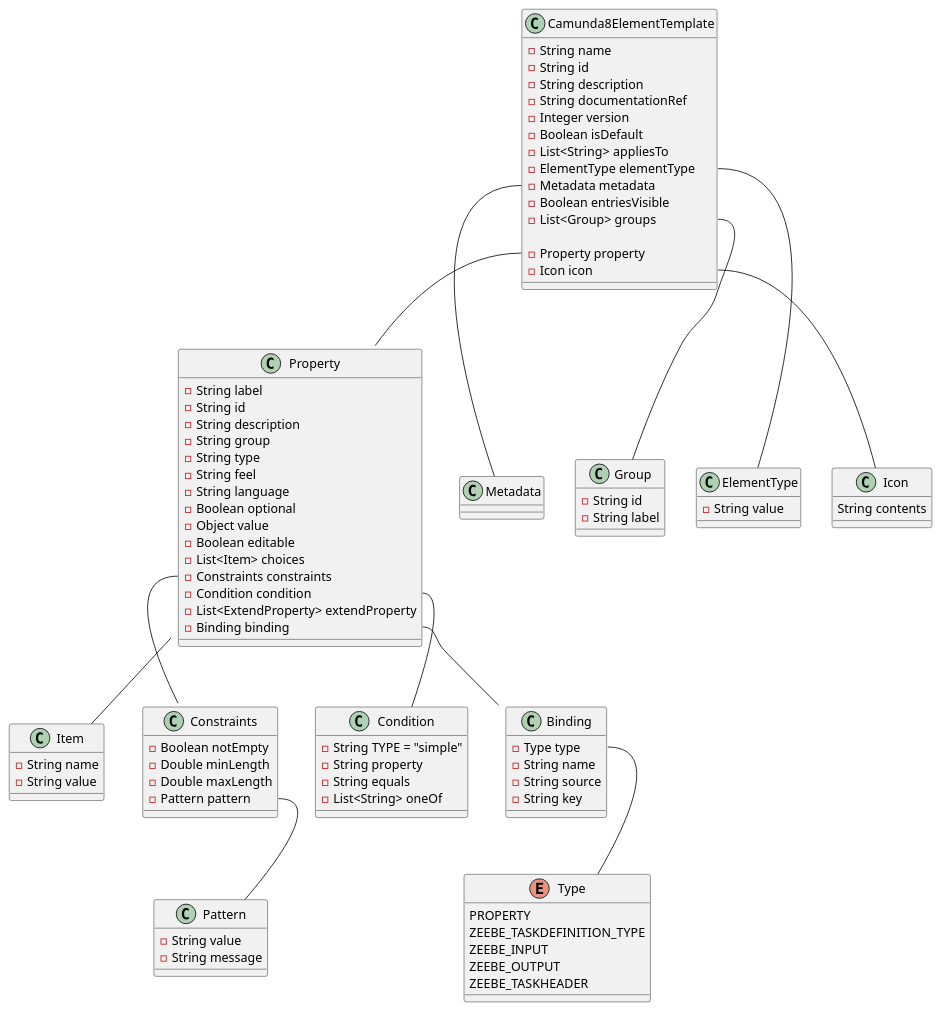
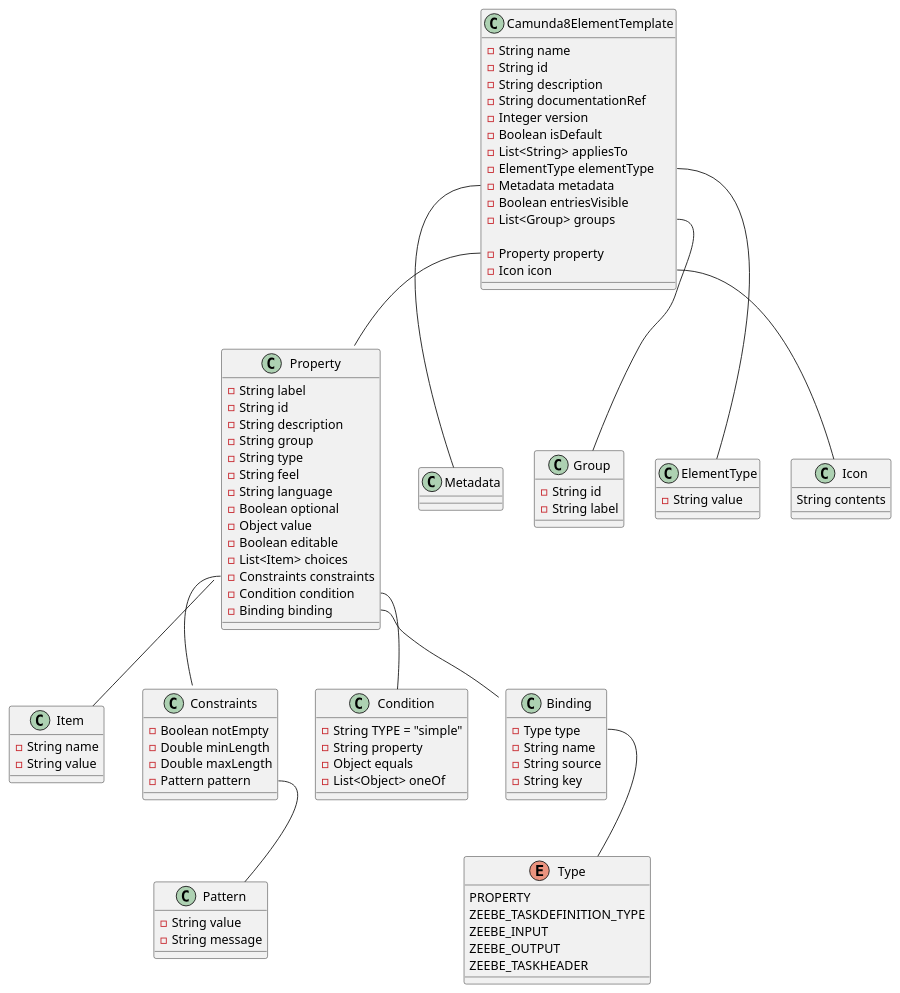
Before and after one commit to Miragon/miranum: the diagram in connect/connect-c8/element-template-c8/docs/Camunda8ElementTemplates.puml, drawn with PlantUML.

Commit message:
feat(element-template): update class diagram

```diff
--- a/connect/connect-c8/element-template-c8/docs/Camunda8ElementTemplates.puml
+++ b/connect/connect-c8/element-template-c8/docs/Camunda8ElementTemplates.puml
@@ -1,124 +1,123 @@
 @startuml
 class Camunda8ElementTemplate {
 
     - String name
     - String id
     - String description
     - String documentationRef
     - Integer version
     - Boolean isDefault
     - List<String> appliesTo
     - ElementType elementType
     - Metadata metadata
     - Boolean entriesVisible
     - List<Group> groups
 
     - Property property
     - Icon icon
     
 }
 Camunda8ElementTemplate::property -- Property
 Camunda8ElementTemplate::metadata -- Metadata
 Camunda8ElementTemplate::group -- Group
 Camunda8ElementTemplate::elementType -- ElementType
 Camunda8ElementTemplate::icon -- Icon
 
 class Metadata {}
 
 class Group {
 
     - String id
     - String label
 
 }
 
 class ElementType {
 
     - String value
 
 }
 
 class Icon {
 
     String contents
 
 }
 
 class Property {
 
     - String label
     - String id
     - String description
     - String group
     - String type
     - String feel
     - String language
     - Boolean optional
     - Object value
     - Boolean editable
     - List<Item> choices
     - Constraints constraints
     - Condition condition
-    - List<ExtendProperty> extendProperty
     - Binding binding
 
 }
 Property::item -- Item
 Property::constraints -- Constraints
 Property::condition -- Condition
 Property::binding -- Binding
 
 class Item {
 
     - String name
     - String value
 
 }
 
 class Condition {
 
     - String TYPE = "simple"
     - String property
-    - String equals
-    - List<String> oneOf
+    - Object equals
+    - List<Object> oneOf
 
 }
 
 class Constraints {
 
     - Boolean notEmpty
     - Double minLength
     - Double maxLength
     - Pattern pattern
 
 }
 Constraints::pattern -- Pattern
 
 class Pattern {
 
     - String value
     - String message
 
 }
 
 class Binding {
 
     - Type type
     - String name
     - String source
     - String key
 
 }
 Binding::type -- Type
 
 enum Type {
 
     PROPERTY
     ZEEBE_TASKDEFINITION_TYPE
     ZEEBE_INPUT
     ZEEBE_OUTPUT
     ZEEBE_TASKHEADER
 
 }
 
 @enduml
```
